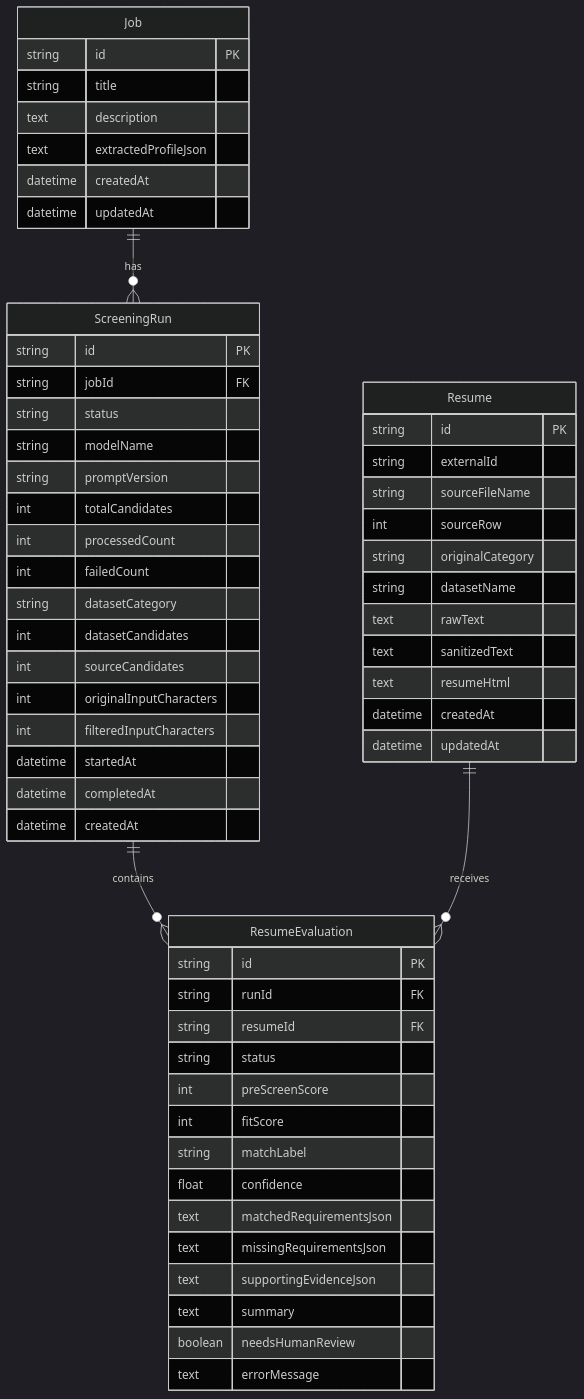
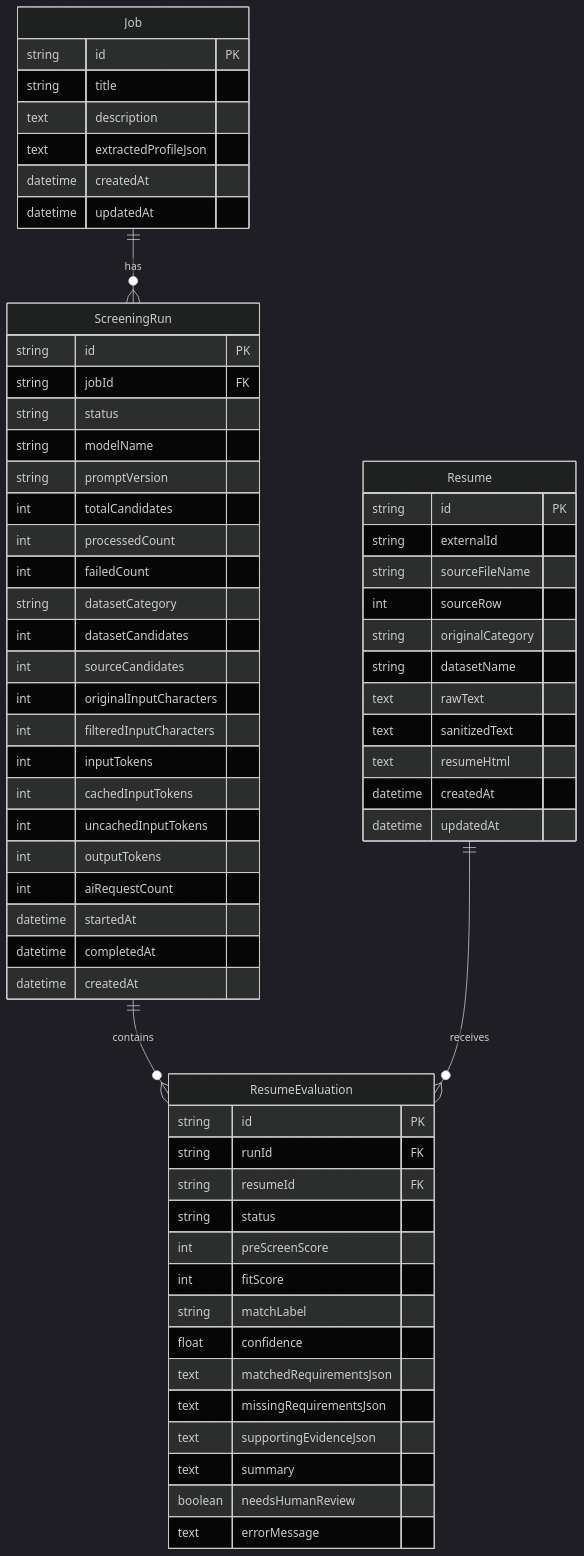
Before and after one commit to bbi3mn4u69/resume-screening: the third of 3 diagrams in README.md, drawn with Mermaid (dark theme). The commit also changed other lines of this file and 15 other files, not shown here.

````diff
--- a/README.md
+++ b/README.md
@@ -530,65 +535,70 @@
 ```mermaid
 erDiagram
     Job ||--o{ ScreeningRun : has
     ScreeningRun ||--o{ ResumeEvaluation : contains
     Resume ||--o{ ResumeEvaluation : receives
 
     Resume {
         string id PK
         string externalId
         string sourceFileName
         int sourceRow
         string originalCategory
         string datasetName
         text rawText
         text sanitizedText
         text resumeHtml
         datetime createdAt
         datetime updatedAt
     }
 
     Job {
         string id PK
         string title
         text description
         text extractedProfileJson
         datetime createdAt
         datetime updatedAt
     }
 
     ScreeningRun {
         string id PK
         string jobId FK
         string status
         string modelName
         string promptVersion
         int totalCandidates
         int processedCount
         int failedCount
         string datasetCategory
         int datasetCandidates
         int sourceCandidates
         int originalInputCharacters
         int filteredInputCharacters
+        int inputTokens
+        int cachedInputTokens
+        int uncachedInputTokens
+        int outputTokens
+        int aiRequestCount
         datetime startedAt
         datetime completedAt
         datetime createdAt
     }
 
     ResumeEvaluation {
         string id PK
         string runId FK
         string resumeId FK
         string status
         int preScreenScore
         int fitScore
         string matchLabel
         float confidence
         text matchedRequirementsJson
         text missingRequirementsJson
         text supportingEvidenceJson
         text summary
         boolean needsHumanReview
         text errorMessage
     }
 ```
````
